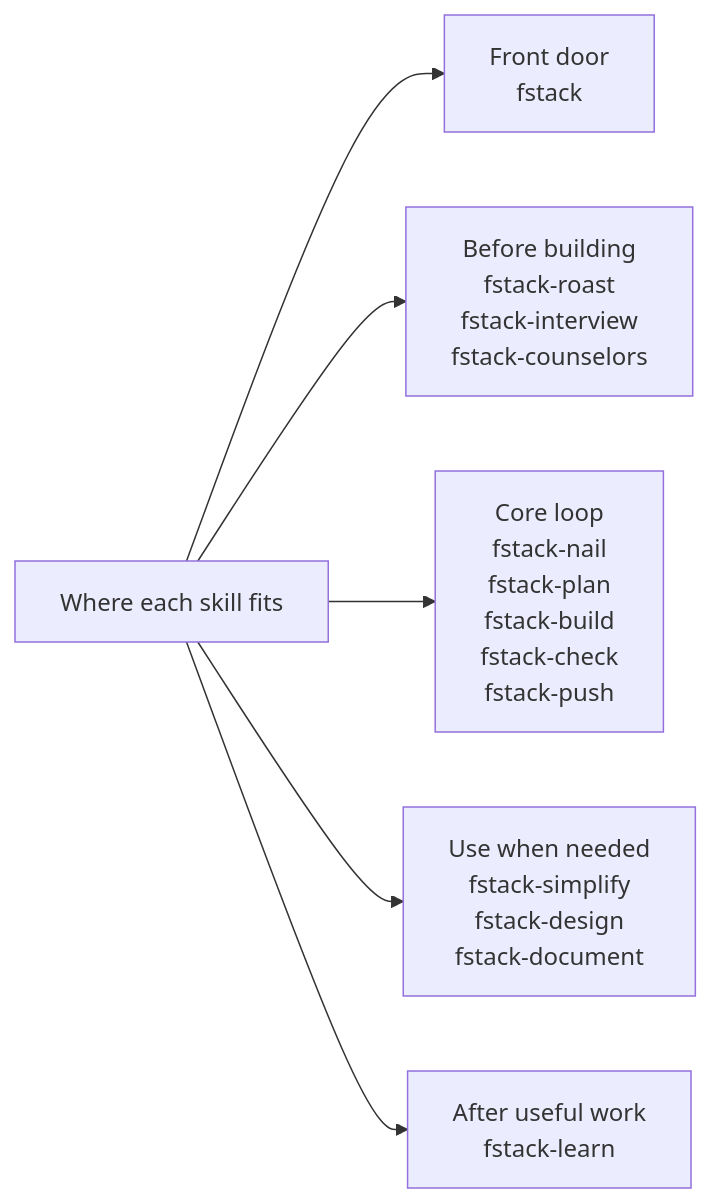
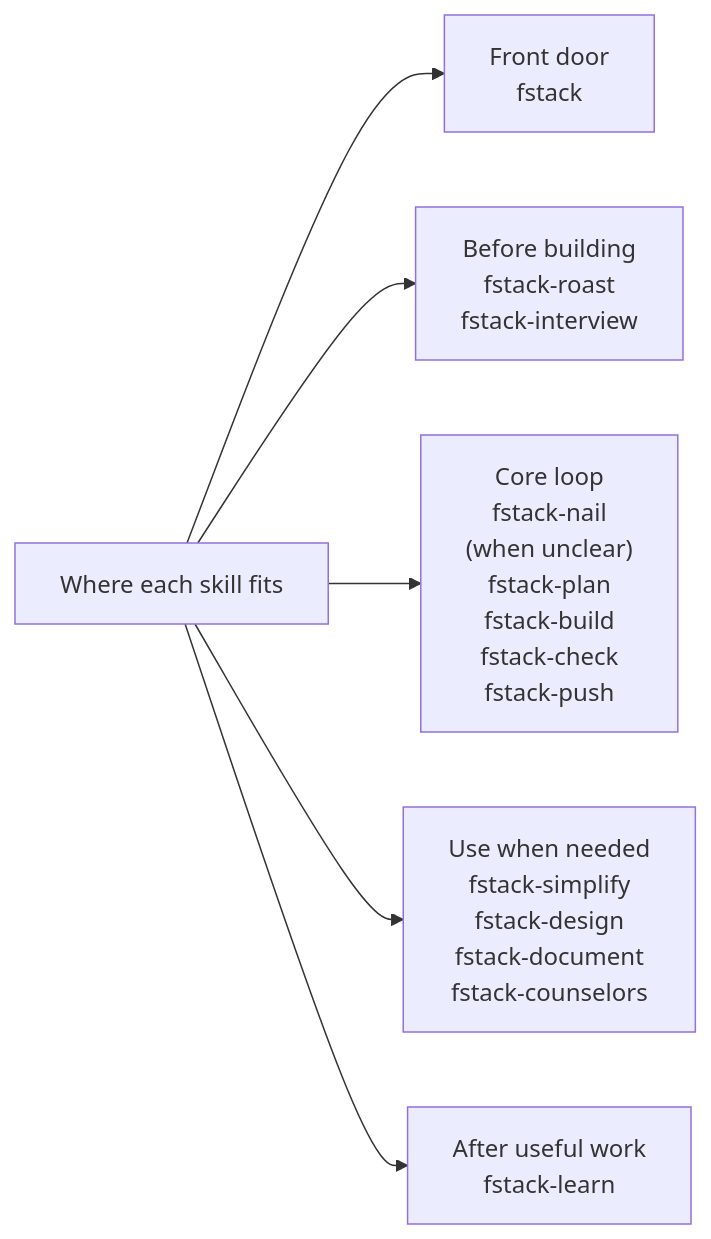
The second of 2 diagrams in README.md (flaviocopes/fstack), drawn with Mermaid before and after one commit. The commit also changed other lines of this file and 5 other files, not shown here.

````diff
--- a/README.md
+++ b/README.md
@@ -60,9 +63,9 @@
 ```mermaid
 flowchart LR
     Map["Where each skill fits"]
     Map --> Front["Front door<br/>fstack"]
-    Map --> Before["Before building<br/>fstack-roast<br/>fstack-interview<br/>fstack-counselors"]
-    Map --> Core["Core loop<br/>fstack-nail<br/>fstack-plan<br/>fstack-build<br/>fstack-check<br/>fstack-push"]
-    Map --> Needed["Use when needed<br/>fstack-simplify<br/>fstack-design<br/>fstack-document"]
+    Map --> Before["Before building<br/>fstack-roast<br/>fstack-interview"]
+    Map --> Core["Core loop<br/>fstack-nail<br/>(when unclear)<br/>fstack-plan<br/>fstack-build<br/>fstack-check<br/>fstack-push"]
+    Map --> Needed["Use when needed<br/>fstack-simplify<br/>fstack-design<br/>fstack-document<br/>fstack-counselors"]
     Map --> After["After useful work<br/>fstack-learn"]
 ```
````
